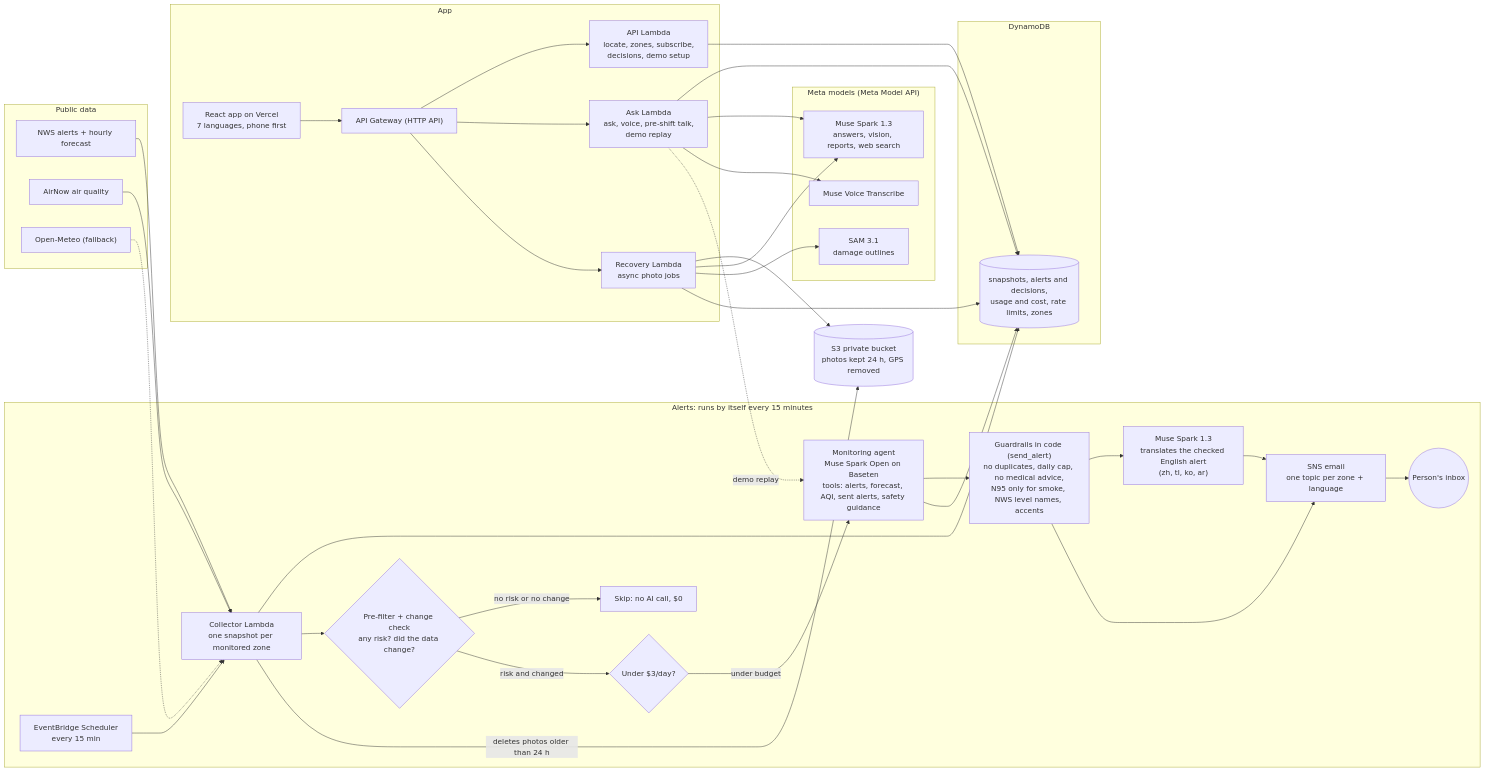
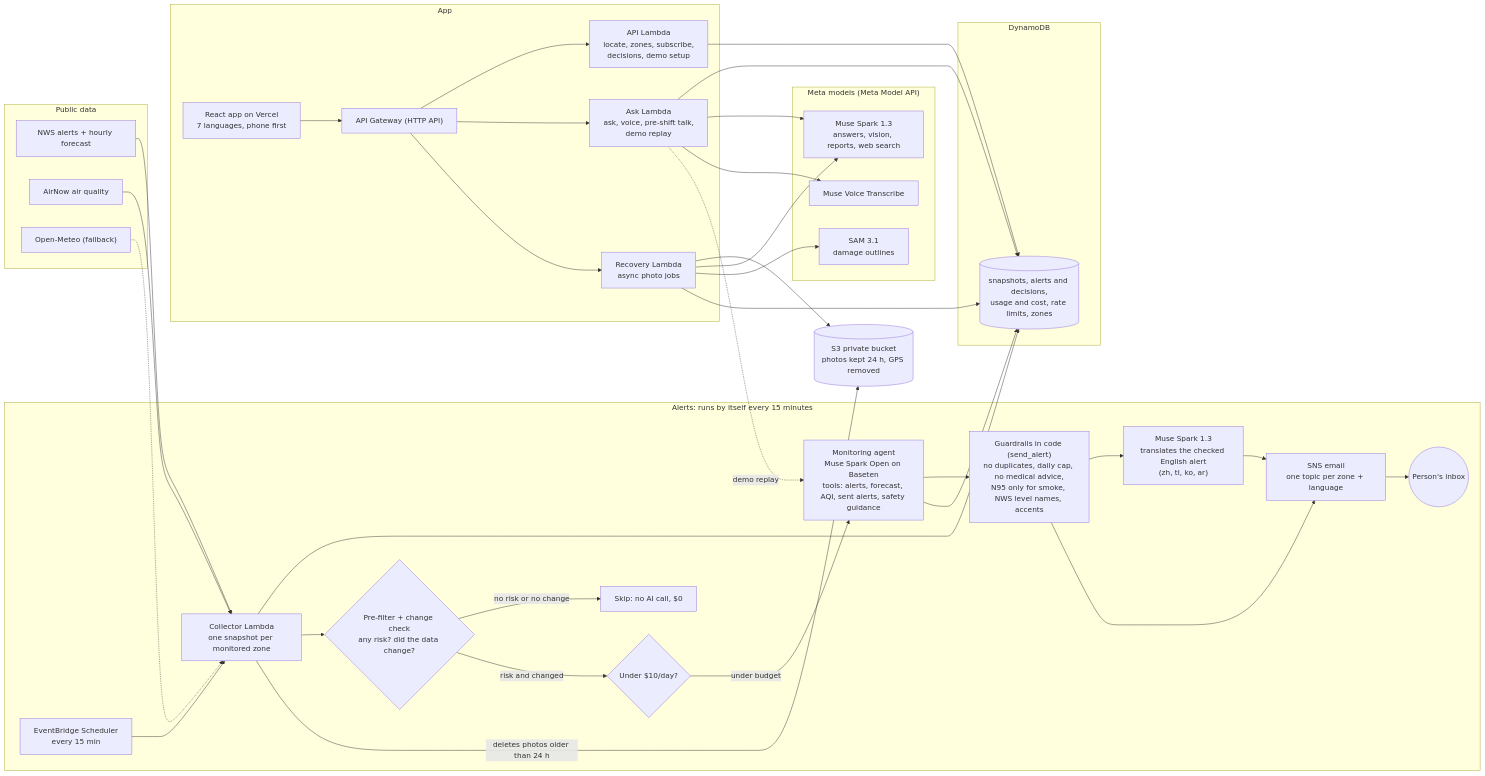
One commit to dangkhoa241/ClimateGuard changed the diagram in docs/architecture.mmd. Above: the diagram before and after it, drawn with Mermaid. The commit also changed 5 other files, not shown here.

```diff
--- a/docs/architecture.mmd
+++ b/docs/architecture.mmd
@@ -1,70 +1,70 @@
 flowchart LR
   subgraph DATA["Public data"]
     NWS["NWS alerts + hourly forecast"]
     AIR["AirNow air quality"]
     OM["Open-Meteo (fallback)"]
   end
 
   subgraph ALERTS["Alerts: runs by itself every 15 minutes"]
     EB["EventBridge Scheduler<br/>every 15 min"]
     COL["Collector Lambda<br/>one snapshot per monitored zone"]
     PRE{"Pre-filter + change check<br/>any risk? did the data change?"}
     SKIP["Skip: no AI call, $0"]
-    BUD{"Under $3/day?"}
+    BUD{"Under $10/day?"}
     AGENT["Monitoring agent<br/>Muse Spark Open on Baseten<br/>tools: alerts, forecast, AQI, sent alerts, safety guidance"]
     GUARD["Guardrails in code (send_alert)<br/>no duplicates, daily cap, no medical advice,<br/>N95 only for smoke, NWS level names, accents"]
     TR["Muse Spark 1.3<br/>translates the checked English alert<br/>(zh, tl, ko, ar)"]
     SNS["SNS email<br/>one topic per zone + language"]
     PERSON(("Person's inbox"))
   end
 
   subgraph STORE["DynamoDB"]
     DB[("snapshots, alerts and decisions,<br/>usage and cost, rate limits, zones")]
   end
 
   subgraph APP["App"]
     FE["React app on Vercel<br/>7 languages, phone first"]
     API["API Gateway (HTTP API)"]
     L1["API Lambda<br/>locate, zones, subscribe,<br/>decisions, demo setup"]
     L2["Ask Lambda<br/>ask, voice, pre-shift talk,<br/>demo replay"]
     L3["Recovery Lambda<br/>async photo jobs"]
   end
 
   subgraph MODELS["Meta models (Meta Model API)"]
     MS["Muse Spark 1.3<br/>answers, vision, reports, web search"]
     VT["Muse Voice Transcribe"]
     SAM["SAM 3.1<br/>damage outlines"]
   end
 
   S3[("S3 private bucket<br/>photos kept 24 h, GPS removed")]
 
   NWS --> COL
   AIR --> COL
   OM -.-> COL
   EB --> COL
   COL --> DB
   COL --> PRE
   PRE -- "no risk or no change" --> SKIP
   PRE -- "risk and changed" --> BUD
   BUD -- "under budget" --> AGENT
   AGENT --> GUARD
   GUARD --> TR
   TR --> SNS
   GUARD --> SNS
   SNS --> PERSON
   AGENT --> DB
   COL -- "deletes photos older than 24 h" --> S3
 
   FE --> API
   API --> L1
   API --> L2
   API --> L3
   L1 --> DB
   L2 --> DB
   L2 --> MS
   L2 --> VT
   L2 -. "demo replay" .-> AGENT
   L3 --> S3
   L3 --> MS
   L3 --> SAM
   L3 --> DB
```
